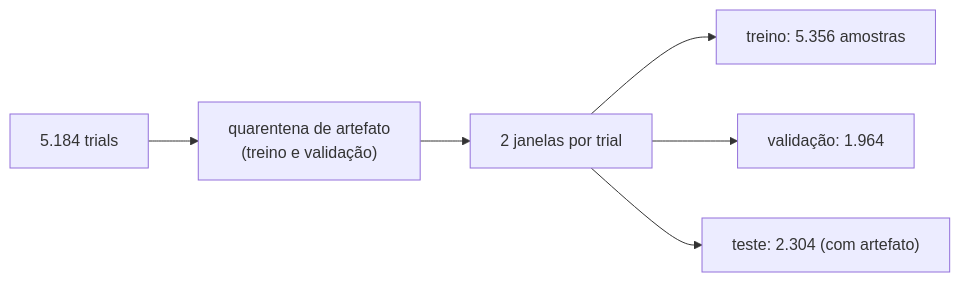
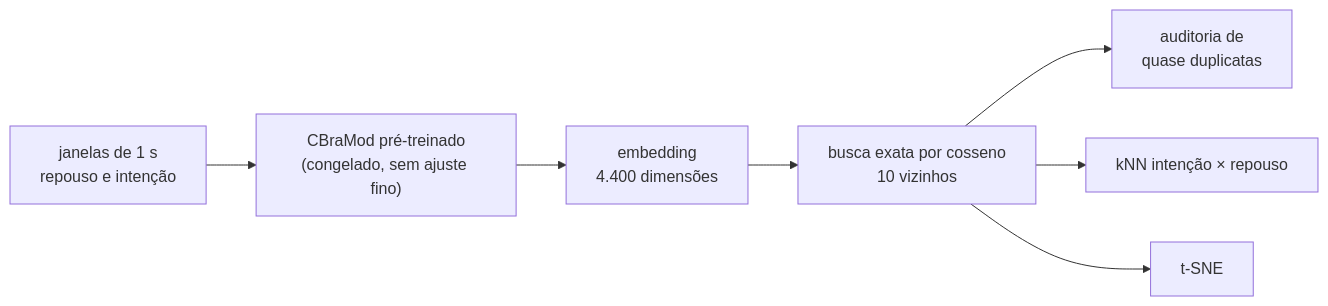
One commit to kafb04/data-engineering-multimodal-ai changed the sixth of 8 diagrams in README.md. Above: the diagram before and after it, drawn with Mermaid. The commit also changed other lines of this file, not shown here.

````diff
--- a/README.md
+++ b/README.md
@@ -332,8 +194,9 @@
 ```mermaid
 flowchart LR
-    A["5.184 trials"] --> B["quarentena de artefato<br/>(treino e validação)"]
-    B --> C["2 janelas por trial"]
-    C --> D["treino: 5.356 amostras"]
-    C --> E["validação: 1.964"]
-    C --> F["teste: 2.304 (com artefato)"]
+    A["janelas de 1 s<br/>repouso e intenção"] --> B["CBraMod pré-treinado<br/>(congelado, sem ajuste fino)"]
+    B --> C["embedding<br/>4.400 dimensões"]
+    C --> D["busca exata por cosseno<br/>10 vizinhos"]
+    D --> E["auditoria de<br/>quase duplicatas"]
+    D --> F["kNN intenção × repouso"]
+    D --> G["t-SNE"]
 ```
````
